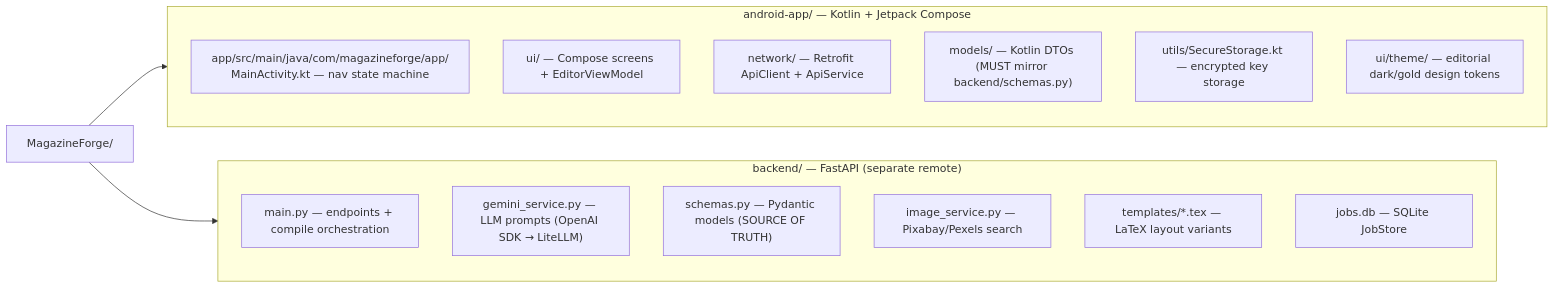
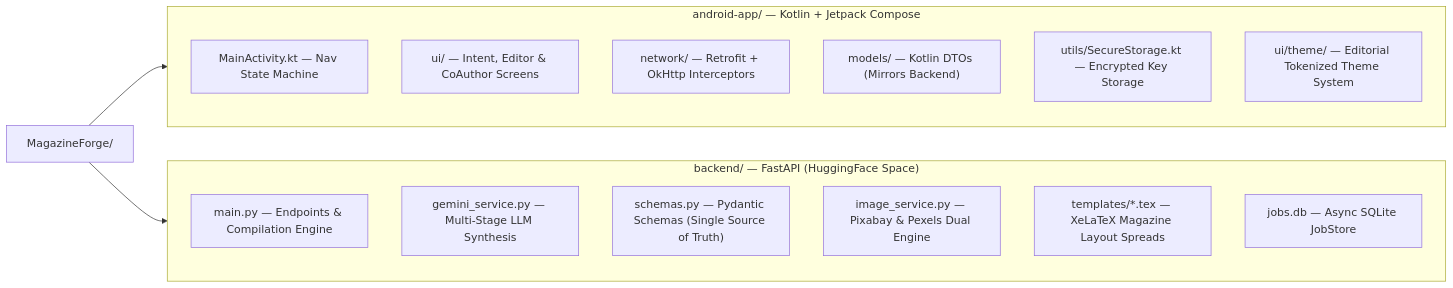
Before and after one commit to AdnanFoisal/MagazineForge: the first of 2 diagrams in README.md, drawn with Mermaid. The commit also changed other lines of this file, not shown here.

Commit message:
docs: update README with premium features, dynamic color swatches, and architecture sequence flow

````diff
--- a/README.md
+++ b/README.md
@@ -32,25 +27,25 @@
 ```mermaid
 flowchart LR
     ROOT["MagazineForge/"]
 
-    subgraph AND["android-app/  — Kotlin + Jetpack Compose"]
-        A1["app/src/main/java/com/magazineforge/app/<br/>MainActivity.kt — nav state machine"]
-        A2["ui/ — Compose screens + EditorViewModel"]
-        A3["network/ — Retrofit ApiClient + ApiService"]
-        A4["models/ — Kotlin DTOs (MUST mirror backend/schemas.py)"]
-        A5["utils/SecureStorage.kt — encrypted key storage"]
-        A6["ui/theme/ — editorial dark/gold design tokens"]
+    subgraph AND["android-app/ — Kotlin + Jetpack Compose"]
+        A1["MainActivity.kt — Nav State Machine"]
+        A2["ui/ — Intent, Editor & CoAuthor Screens"]
+        A3["network/ — Retrofit + OkHttp Interceptors"]
+        A4["models/ — Kotlin DTOs (Mirrors Backend)"]
+        A5["utils/SecureStorage.kt — Encrypted Key Storage"]
+        A6["ui/theme/ — Editorial Tokenized Theme System"]
     end
 
-    subgraph BE["backend/  — FastAPI (separate remote)"]
-        B1["main.py — endpoints + compile orchestration"]
-        B2["gemini_service.py — LLM prompts (OpenAI SDK → LiteLLM)"]
-        B3["schemas.py — Pydantic models (SOURCE OF TRUTH)"]
-        B4["image_service.py — Pixabay/Pexels search"]
-        B5["templates/*.tex — LaTeX layout variants"]
-        B6["jobs.db — SQLite JobStore"]
+    subgraph BE["backend/ — FastAPI (HuggingFace Space)"]
+        B1["main.py — Endpoints & Compilation Engine"]
+        B2["gemini_service.py — Multi-Stage LLM Synthesis"]
+        B3["schemas.py — Pydantic Schemas (Single Source of Truth)"]
+        B4["image_service.py — Pixabay & Pexels Dual Engine"]
+        B5["templates/*.tex — XeLaTeX Magazine Layout Spreads"]
+        B6["jobs.db — Async SQLite JobStore"]
     end
 
     ROOT --> AND
     ROOT --> BE
 ```
````
